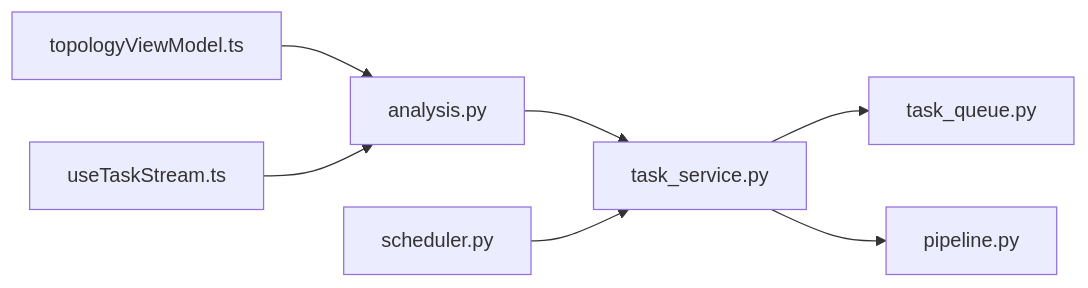
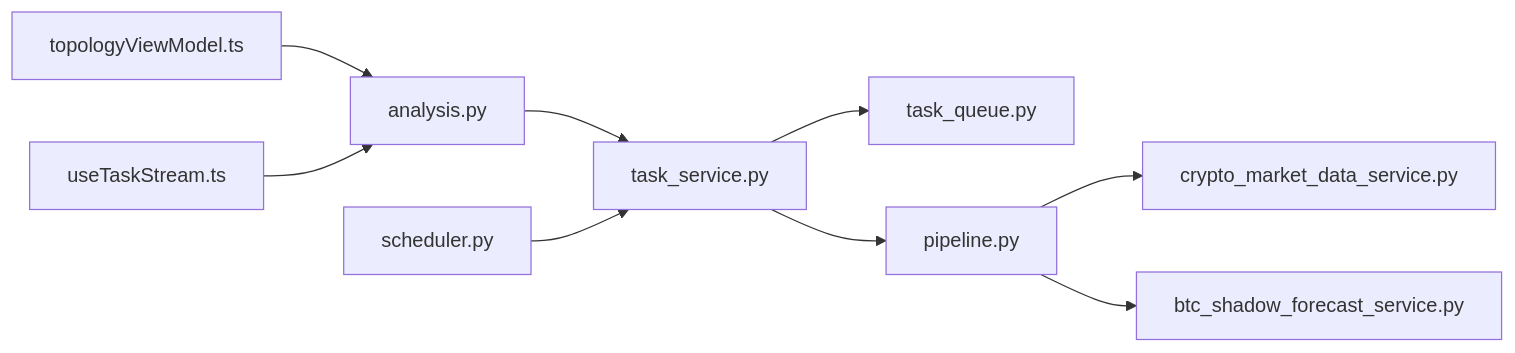
One commit to anYaoooo/daily_stock_analysis changed the sixth of 6 diagrams in .qoder/repowiki/zh/content/交易策略系统/执行引擎/管道执行器.md. Above: the diagram before and after it, drawn with Mermaid. The commit also changed other lines of this file and 140 other files, not shown here.

````diff
--- a/.qoder/repowiki/zh/content/交易策略系统/执行引擎/管道执行器.md
+++ b/.qoder/repowiki/zh/content/交易策略系统/执行引擎/管道执行器.md
@@ -292,9 +328,11 @@
 ```mermaid
 graph LR
 API["analysis.py"] --> TS["task_service.py"]
 TS --> PQ["task_queue.py"]
 TS --> PL["pipeline.py"]
 SCH["scheduler.py"] --> TS
+PL --> CMD["crypto_market_data_service.py"]
+PL --> BFS["btc_shadow_forecast_service.py"]
 FE1["topologyViewModel.ts"] --> API
 FE2["useTaskStream.ts"] --> API
 ```
````
